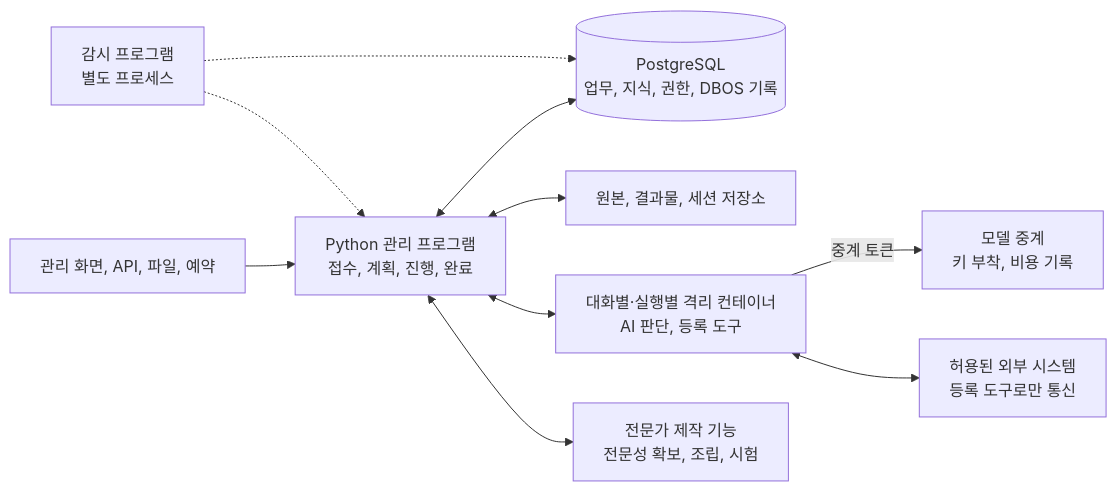
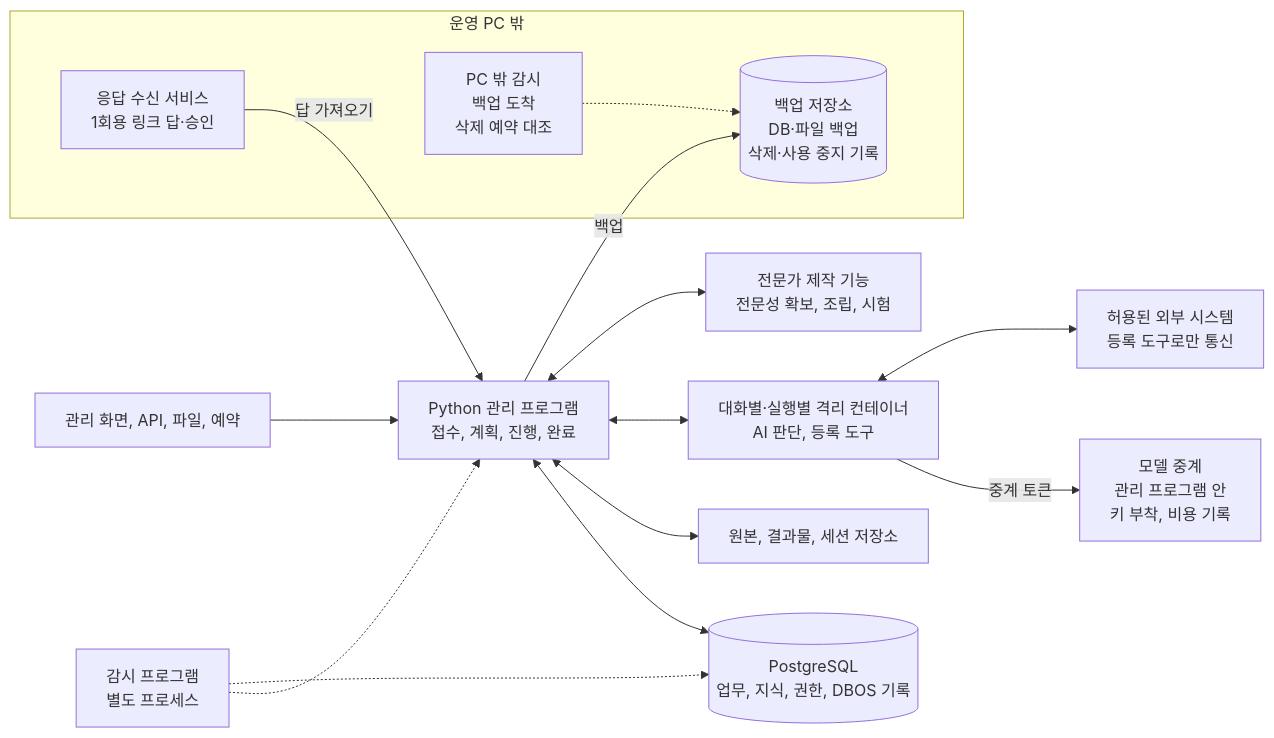
One commit to harisbaguette/expert changed the diagram in 공장 구현 설계.md. Above: the diagram before and after it, drawn with Mermaid. The commit also changed other lines of this file, not shown here.

````diff
--- a/공장 구현 설계.md
+++ b/공장 구현 설계.md
@@ -32,12 +66,20 @@
 ```mermaid
 flowchart LR
     A["관리 화면, API, 파일, 예약"] --> B["Python 관리 프로그램<br/>접수, 계획, 진행, 완료"]
     B <--> C[("PostgreSQL<br/>업무, 지식, 권한, DBOS 기록")]
     B <--> D["원본, 결과물, 세션 저장소"]
     B <--> E["대화별·실행별 격리 컨테이너<br/>AI 판단, 등록 도구"]
-    E -- "중계 토큰" --> H["모델 중계<br/>키 부착, 비용 기록"]
+    E -- "중계 토큰" --> H["모델 중계<br/>관리 프로그램 안<br/>키 부착, 비용 기록"]
     E <--> F["허용된 외부 시스템<br/>등록 도구로만 통신"]
     B <--> G["전문가 제작 기능<br/>전문성 확보, 조립, 시험"]
     M["감시 프로그램<br/>별도 프로세스"] -.-> B
     M -.-> C
+    subgraph OUT["운영 PC 밖"]
+        R["응답 수신 서비스<br/>1회용 링크 답·승인"]
+        K[("백업 저장소<br/>DB·파일 백업<br/>삭제·사용 중지 기록")]
+        P["PC 밖 감시<br/>백업 도착<br/>삭제 예약 대조"]
+    end
+    R -- "답 가져오기" --> B
+    B -- "백업" --> K
+    P -.-> K
 ```
````
